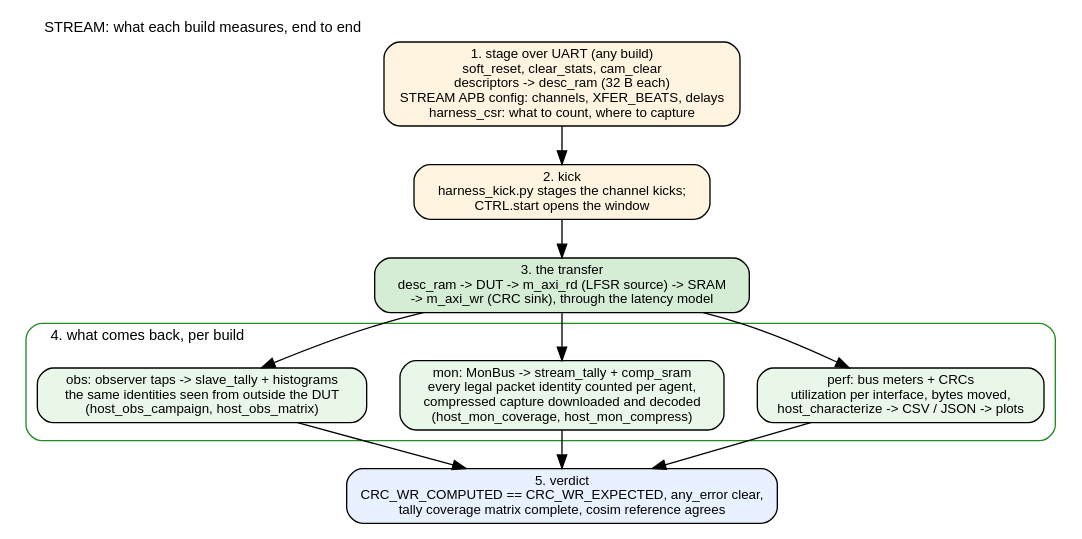
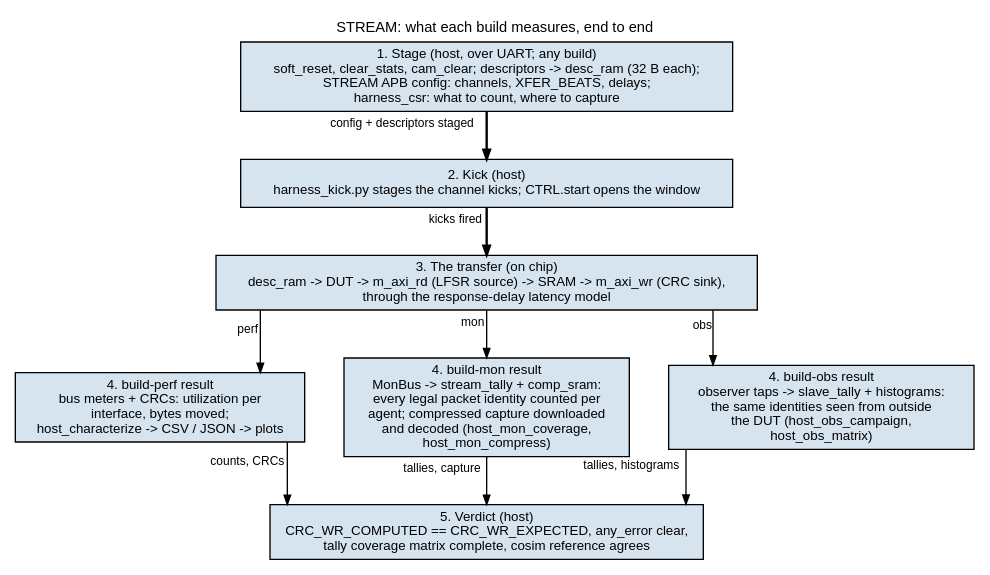
The diagram in projects/fpga-systems/Genesys2/dma-ip/stream/docs/stream_fpga_system/assets/graphviz/04_measurement_path.dot (sean-galloway/RTLDesignSherpa), drawn with Graphviz before and after one commit. The commit also changed 166 other files, not shown here.

```diff
--- a/projects/fpga-systems/Genesys2/dma-ip/stream/docs/stream_fpga_system/assets/graphviz/04_measurement_path.dot
+++ b/projects/fpga-systems/Genesys2/dma-ip/stream/docs/stream_fpga_system/assets/graphviz/04_measurement_path.dot
@@ -1,24 +1,37 @@
-// From a host program to a result: the three measurement paths, one per build.
+// Figure 4.1 -- what each build measures, end to end. A process flow in the
+// house vocabulary (vault/handbook/authoring/block-diagrams.md): the shared
+// steps run down the center, the transfer fans out to one result path per
+// build (a parallel rank, each arrow labeled with the build it belongs to),
+// and all three converge on the verdict. Each step says where it runs.
+// Sources: stream_harness.sv (harness_csr CTRL, desc_ram, u_stream_tally,
+// u_slave_tally, u_comp_sram), bin/harness_kick.py, build-*/host/.
 digraph measurement_path {
-    graph [rankdir=TB, fontname="Helvetica", fontsize=11, nodesep=0.35, ranksep=0.4,
-           label="STREAM: what each build measures, end to end", labelloc=t, labeljust=l];
-    node  [fontname="Helvetica", fontsize=10, shape=box, style="rounded,filled", fillcolor="#f4f4f4"];
-    edge  [fontname="Helvetica", fontsize=9];
+    graph [rankdir=TB, bgcolor="white", fontname="Helvetica", fontsize=11,
+           nodesep="0.40", ranksep="0.50", splines=ortho, newrank=true,
+           label="STREAM: what each build measures, end to end", labelloc=t];
+    node  [fontname="Helvetica", fontsize=10, shape=box, style=filled,
+           fillcolor="#D6E4F0", color="black", margin="0.12,0.06"];
+    edge  [fontname="Helvetica", fontsize=9, color="black", arrowsize=0.7];
 
-    stage [label="1. stage over UART (any build)\nsoft_reset, clear_stats, cam_clear\ndescriptors -> desc_ram (32 B each)\nSTREAM APB config: channels, XFER_BEATS, delays\nharness_csr: what to count, where to capture", fillcolor="#fff4e0"];
-    kick [label="2. kick\nharness_kick.py stages the channel kicks;\nCTRL.start opens the window", fillcolor="#fff4e0"];
-    run [label="3. the transfer\ndesc_ram -> DUT -> m_axi_rd (LFSR source) -> SRAM\n-> m_axi_wr (CRC sink), through the latency model", fillcolor="#d5ecd5"];
+    stage [group=C, label="1. Stage (host, over UART; any build)\nsoft_reset, clear_stats, cam_clear; descriptors -> desc_ram (32 B each);\nSTREAM APB config: channels, XFER_BEATS, delays;\nharness_csr: what to count, where to capture"];
+    kick  [group=C, label="2. Kick (host)\nharness_kick.py stages the channel kicks; CTRL.start opens the window"];
+    run   [group=C, label="3. The transfer (on chip)\ndesc_ram -> DUT -> m_axi_rd (LFSR source) -> SRAM -> m_axi_wr (CRC sink),\nthrough the response-delay latency model"];
 
-    subgraph cluster_out {
-        label="4. what comes back, per build"; style="rounded"; color="#228B22";
-        perf [label="perf: bus meters + CRCs\nutilization per interface, bytes moved,\nhost_characterize -> CSV / JSON -> plots", fillcolor="#e9f7e9"];
-        mon  [label="mon: MonBus -> stream_tally + comp_sram\nevery legal packet identity counted per agent,\ncompressed capture downloaded and decoded\n(host_mon_coverage, host_mon_compress)", fillcolor="#e9f7e9"];
-        obs  [label="obs: observer taps -> slave_tally + histograms\nthe same identities seen from outside the DUT\n(host_obs_campaign, host_obs_matrix)", fillcolor="#e9f7e9"];
-    }
+    perf  [label="4. build-perf result\nbus meters + CRCs: utilization per\ninterface, bytes moved;\nhost_characterize -> CSV / JSON -> plots"];
+    mon   [group=C, label="4. build-mon result\nMonBus -> stream_tally + comp_sram:\nevery legal packet identity counted per\nagent; compressed capture downloaded\nand decoded (host_mon_coverage,\nhost_mon_compress)"];
+    obs   [label="4. build-obs result\nobserver taps -> slave_tally + histograms:\nthe same identities seen from outside\nthe DUT (host_obs_campaign,\nhost_obs_matrix)"];
 
-    verdict [label="5. verdict\nCRC_WR_COMPUTED == CRC_WR_EXPECTED, any_error clear,\ntally coverage matrix complete, cosim reference agrees", fillcolor="#e8f1ff"];
+    verdict [group=C, label="5. Verdict (host)\nCRC_WR_COMPUTED == CRC_WR_EXPECTED, any_error clear,\ntally coverage matrix complete, cosim reference agrees"];
 
-    stage -> kick -> run;
-    run -> perf; run -> mon; run -> obs;
-    perf -> verdict; mon -> verdict; obs -> verdict;
+    { rank=same; perf; mon; obs; }
+    perf -> mon -> obs [style=invis];
+
+    stage -> kick [penwidth=1.8, xlabel="config + descriptors staged"];
+    kick  -> run  [penwidth=1.8, xlabel="kicks fired"];
+    run   -> perf [xlabel="perf"];
+    run   -> mon  [xlabel="mon"];
+    run   -> obs  [xlabel="obs"];
+    perf  -> verdict [xlabel="counts, CRCs"];
+    mon   -> verdict [xlabel="tallies, capture"];
+    obs   -> verdict [xlabel="tallies, histograms"];
 }
```
